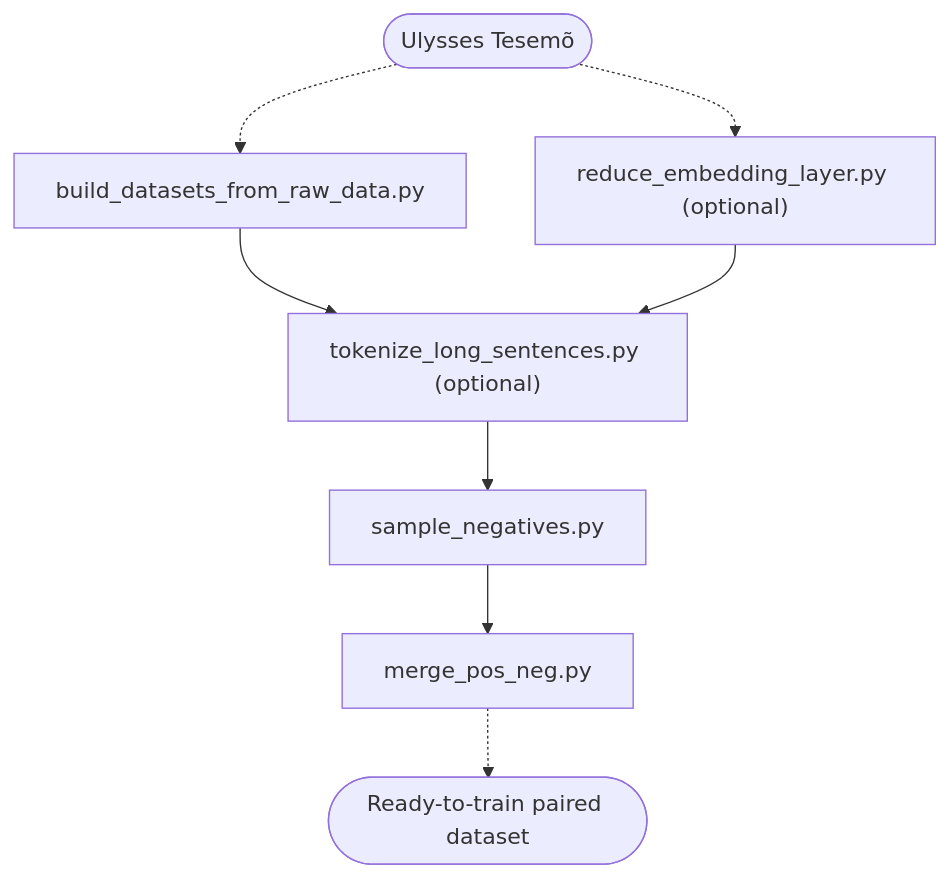
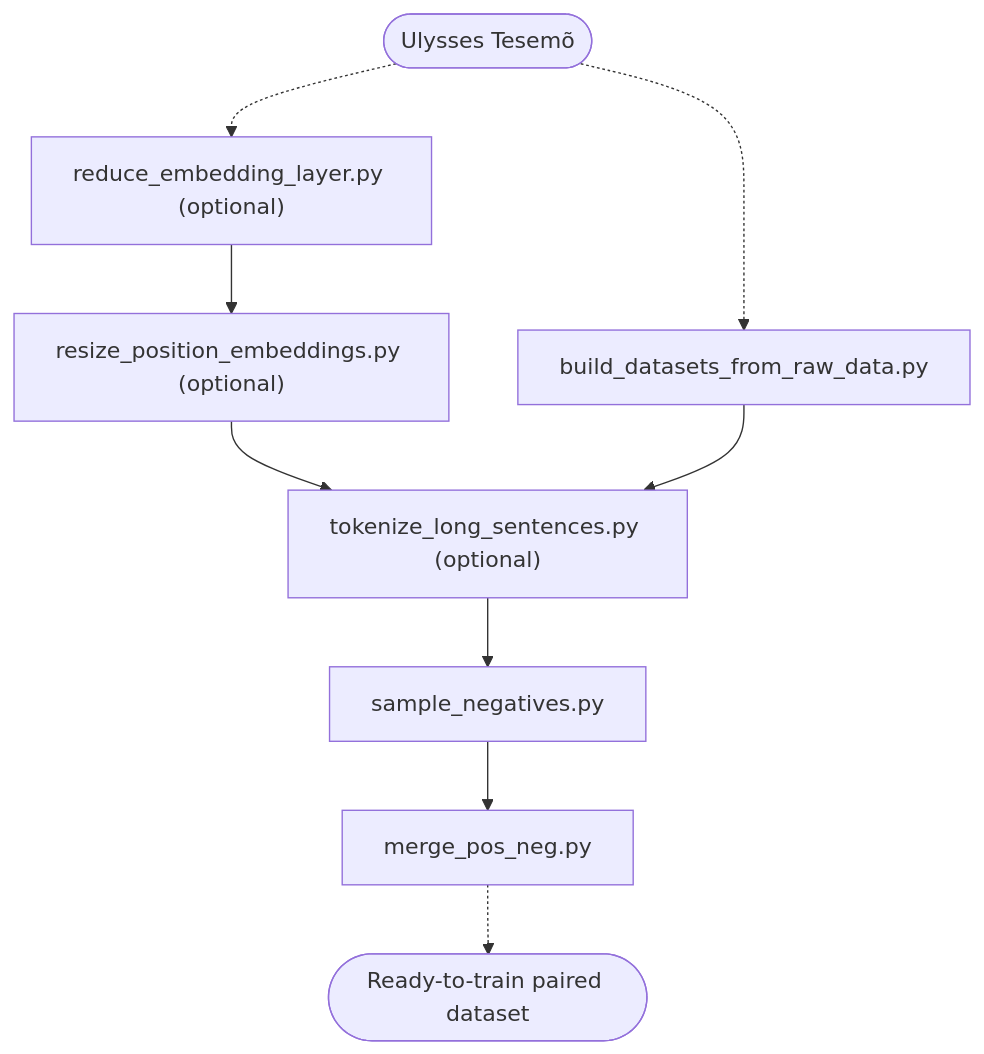
One commit to Convenio-Camara-dos-Deputados/ulysses-sbert-data-processing changed the second of 2 diagrams in README.md. Above: the diagram before and after it, drawn with Mermaid. The commit also changed other lines of this file and 1 other file, not shown here.

Commit message:
add: 'resize_position_embeddings.py'

````diff
--- a/README.md
+++ b/README.md
@@ -13,15 +30,17 @@
 ```mermaid
 flowchart TD
 
 tesemo(["Ulysses Tesemõ"])
 dataset(["Ready-to-train paired dataset"])
 
 script1["build_datasets_from_raw_data.py"]
 script2["reduce_embedding_layer.py (optional)"]
-script3["tokenize_long_sentences.py (optional)"]
-script4["sample_negatives.py"]
-script5["merge_pos_neg.py"]
+script3["resize_position_embeddings.py (optional)"]
+script4["tokenize_long_sentences.py (optional)"]
+script5["sample_negatives.py"]
+script6["merge_pos_neg.py"]
 
 tesemo -.-> script1 & script2
-script1 & script2 --> script3 --> script4 --> script5 -.-> dataset
+script2 --> script3 --> script4
+script1 --> script4 --> script5 --> script6 -.-> dataset
 ```
````
